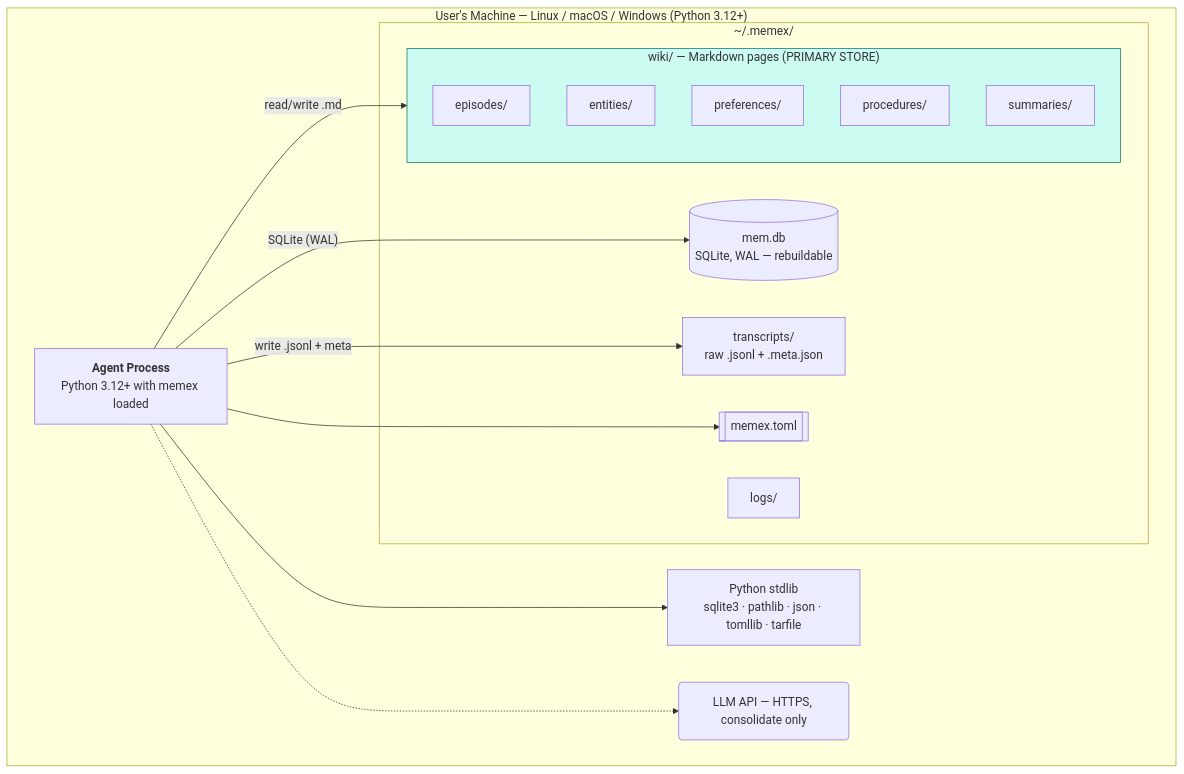
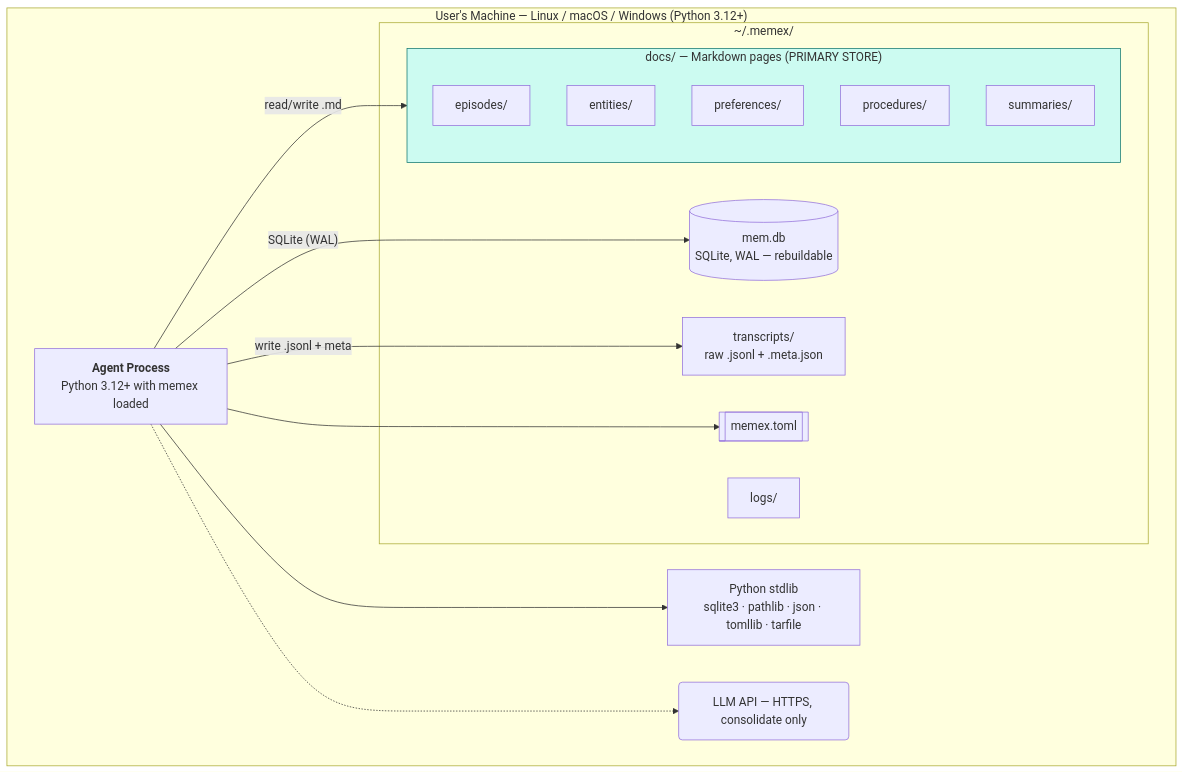
One commit to agent-memory-atlas-archive/phanijapps--memex changed the fourth of 4 diagrams in docs/spec.md. Above: the diagram before and after it, drawn with Mermaid. The commit also changed other lines of this file and 31 other files, not shown here.

````diff
--- a/docs/spec.md
+++ b/docs/spec.md
@@ -233,31 +233,31 @@
 ```mermaid
 flowchart TB
     subgraph machine ["User's Machine — Linux / macOS / Windows (Python 3.12+)"]
         subgraph dir ["~/.memex/"]
-            subgraph wiki ["wiki/ — Markdown pages (PRIMARY STORE)"]
+            subgraph wiki ["docs/ — Markdown pages (PRIMARY STORE)"]
                 wep["episodes/"]
                 went["entities/"]
                 wpref["preferences/"]
                 wproc["procedures/"]
                 wsum["summaries/"]
             end
             tr["transcripts/<br>raw .jsonl + .meta.json"]
             db[("mem.db<br>SQLite, WAL — rebuildable")]
             cfg[["memex.toml"]]
             logs["logs/"]
         end
         proc["<b>Agent Process</b><br>Python 3.12+ with memex loaded"]
         stdlib["Python stdlib<br>sqlite3 · pathlib · json · tomllib · tarfile"]
         llm("LLM API — HTTPS, consolidate only")
     end
 
     proc -->|"read/write .md"| wiki
     proc -->|"SQLite (WAL)"| db
     proc -->|"write .jsonl + meta"| tr
     proc --> cfg
     proc --> stdlib
     proc -.-> llm
 
     classDef truth fill:#ccfbf1,stroke:#0f766e
     class wiki truth
 ```
````
